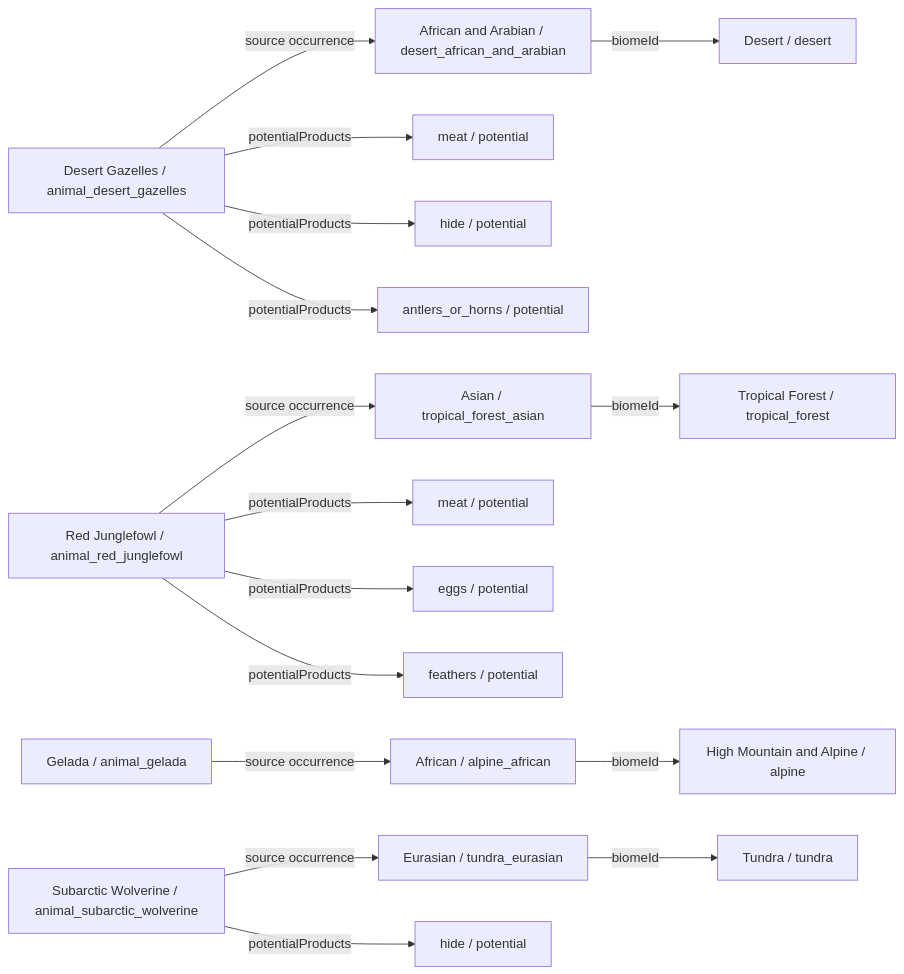
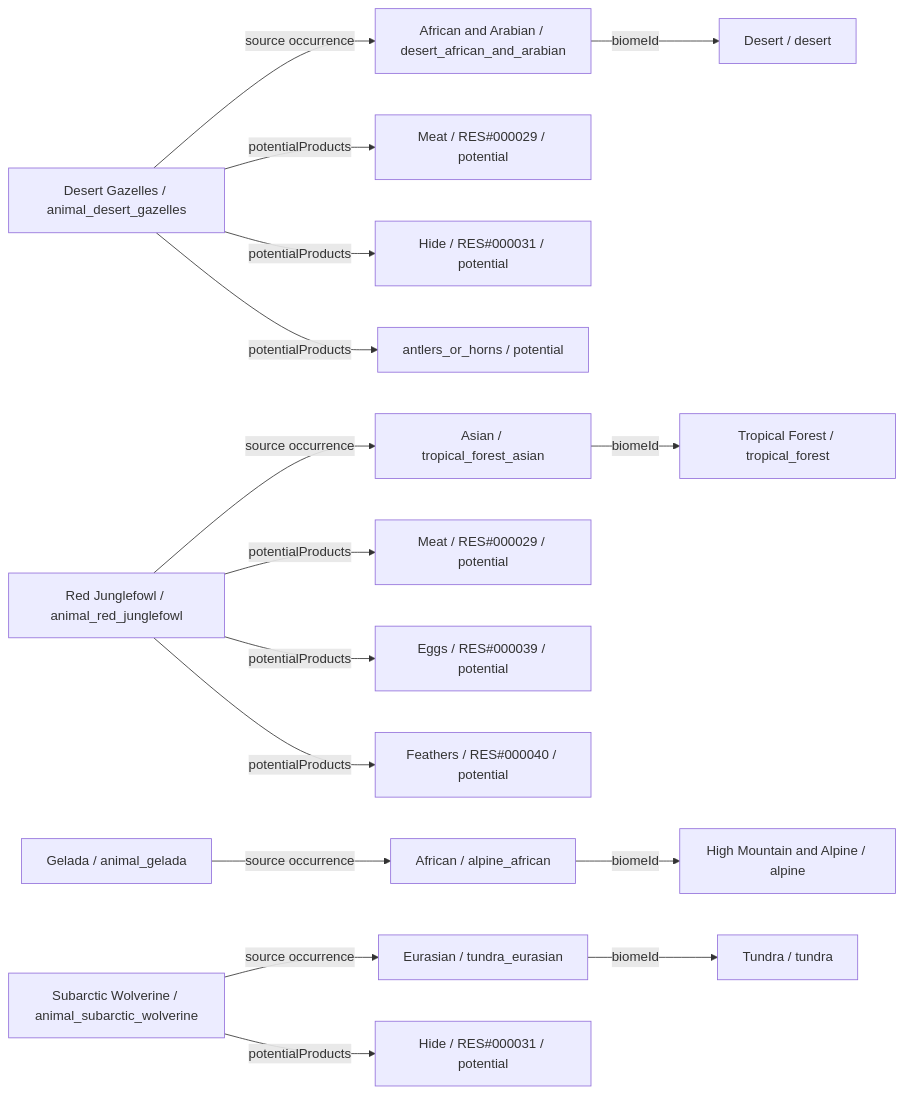
Diagram 14 of 34 in data/animals/DIAGRAMS.md (fgabo404/EvolveDoc), drawn with Mermaid before and after one commit. The commit also changed other lines of this file and 50 other files, not shown here.

````diff
--- a/data/animals/DIAGRAMS.md
+++ b/data/animals/DIAGRAMS.md
@@ -714,37 +714,37 @@
 ```mermaid
 flowchart LR
     c0["Desert Gazelles / animal_desert_gazelles"]
     v16["African and Arabian / desert_african_and_arabian"]
     b4["Desert / desert"]
-    o0_0["meat / potential"]
-    o0_1["hide / potential"]
+    o0_0["Meat / RES#000029 / potential"]
+    o0_1["Hide / RES#000031 / potential"]
     o0_2["antlers_or_horns / potential"]
     c1["Red Junglefowl / animal_red_junglefowl"]
     v2["Asian / tropical_forest_asian"]
     b0["Tropical Forest / tropical_forest"]
-    o1_0["meat / potential"]
-    o1_1["eggs / potential"]
-    o1_2["feathers / potential"]
+    o1_0["Meat / RES#000029 / potential"]
+    o1_1["Eggs / RES#000039 / potential"]
+    o1_2["Feathers / RES#000040 / potential"]
     c2["Gelada / animal_gelada"]
     v26["African / alpine_african"]
     b6["High Mountain and Alpine / alpine"]
     c3["Subarctic Wolverine / animal_subarctic_wolverine"]
     v9["Eurasian / tundra_eurasian"]
     b2["Tundra / tundra"]
-    o3_0["hide / potential"]
+    o3_0["Hide / RES#000031 / potential"]
     c0 -->|potentialProducts| o0_0
     c0 -->|potentialProducts| o0_1
     c0 -->|potentialProducts| o0_2
     c0 -->|source occurrence| v16
     c1 -->|potentialProducts| o1_0
     c1 -->|potentialProducts| o1_1
     c1 -->|potentialProducts| o1_2
     c1 -->|source occurrence| v2
     c2 -->|source occurrence| v26
     c3 -->|potentialProducts| o3_0
     c3 -->|source occurrence| v9
     v16 -->|biomeId| b4
     v2 -->|biomeId| b0
     v26 -->|biomeId| b6
     v9 -->|biomeId| b2
 ```
````
